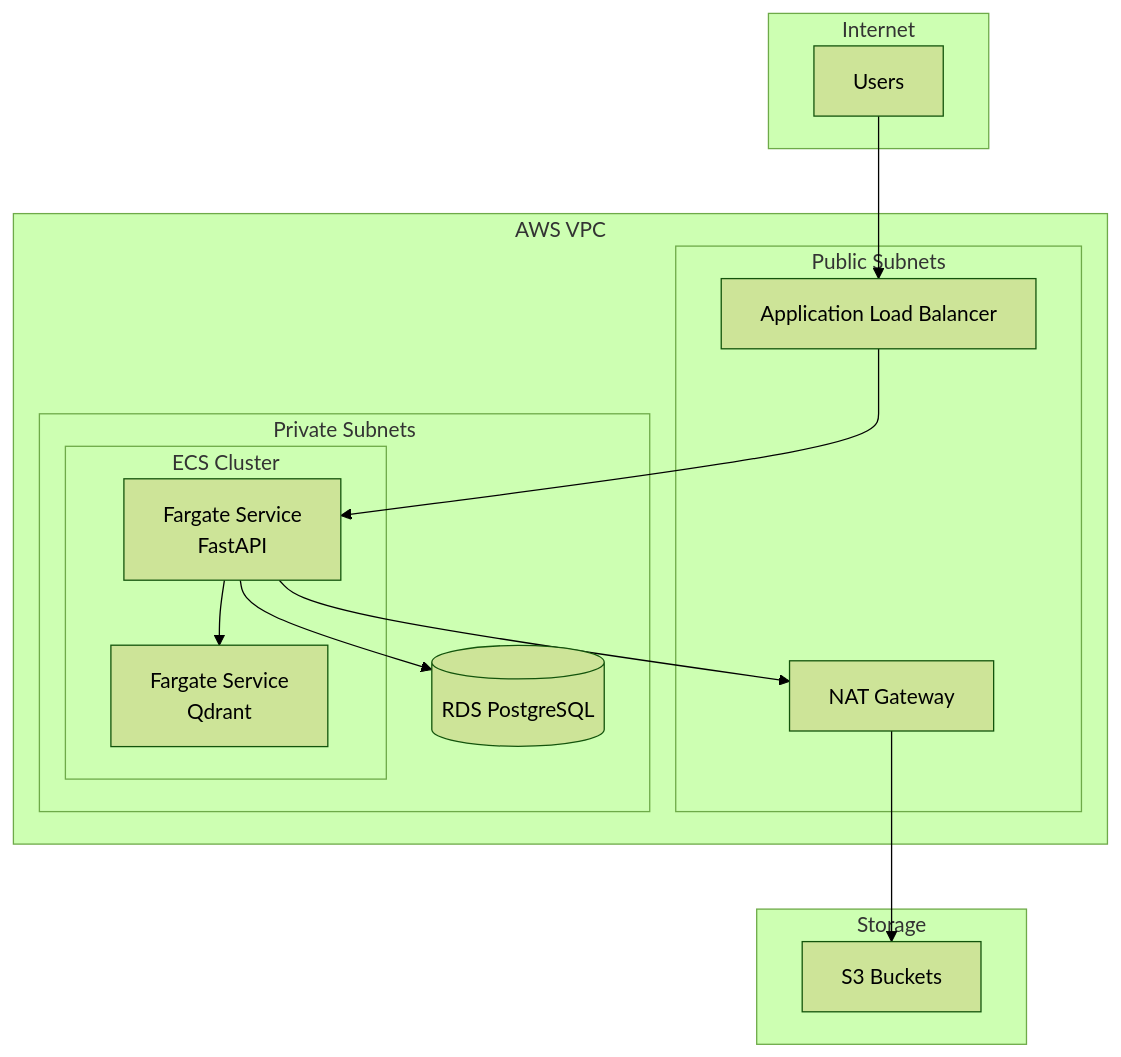
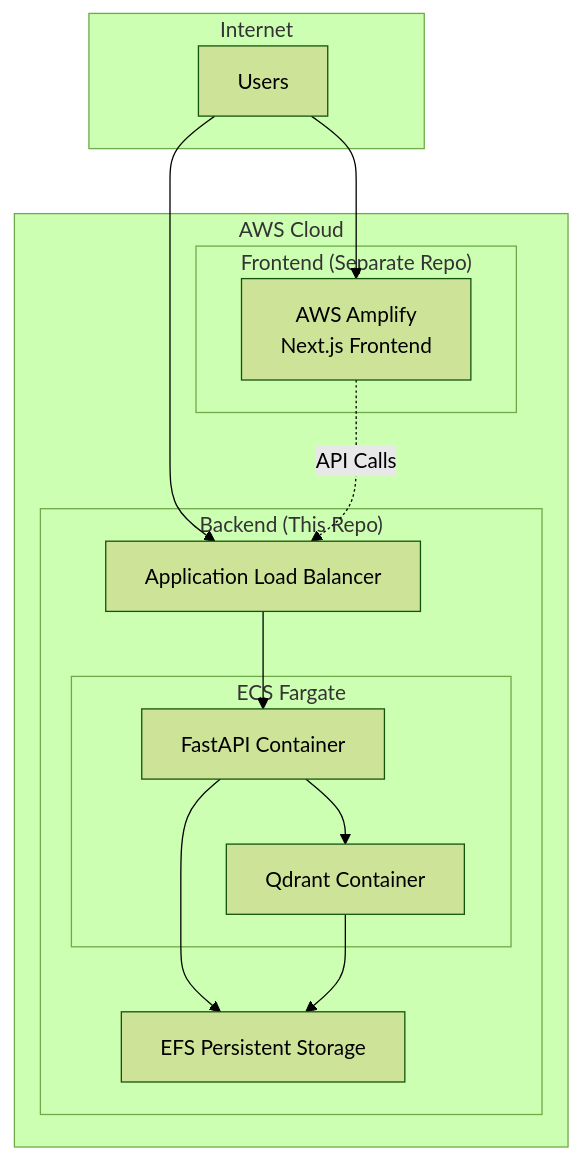
The sixth of 8 diagrams in ARCHITECTURE.md (wbaxterh/wwhd), drawn with Mermaid (forest theme) before and after one commit. The commit also changed other lines of this file and 7 other files, not shown here.

````diff
--- a/ARCHITECTURE.md
+++ b/ARCHITECTURE.md
@@ -270,32 +260,29 @@
 ```mermaid
 graph TB
     subgraph "Internet"
         Users[Users]
     end
 
-    subgraph "AWS VPC"
-        subgraph "Public Subnets"
-            ALB[Application Load Balancer]
-            NAT[NAT Gateway]
+    subgraph "AWS Cloud"
+        subgraph "Frontend (Separate Repo)"
+            Amplify[AWS Amplify<br/>Next.js Frontend]
         end
 
-        subgraph "Private Subnets"
-            subgraph "ECS Cluster"
-                Backend[Fargate Service<br/>FastAPI]
-                Qdrant[Fargate Service<br/>Qdrant]
+        subgraph "Backend (This Repo)"
+            ALB[Application Load Balancer]
+            subgraph "ECS Fargate"
+                FastAPI[FastAPI Container]
+                Qdrant[Qdrant Container]
             end
-            RDS[(RDS PostgreSQL)]
+            EFS[EFS Persistent Storage]
         end
     end
 
-    subgraph "Storage"
-        S3[S3 Buckets]
-    end
-
+    Users --> Amplify
     Users --> ALB
-    ALB --> Backend
-    Backend --> Qdrant
-    Backend --> RDS
-    Backend --> NAT
-    NAT --> S3
+    ALB --> FastAPI
+    FastAPI --> Qdrant
+    FastAPI --> EFS
+    Qdrant --> EFS
+    Amplify -.->|API Calls| ALB
 ```
````
